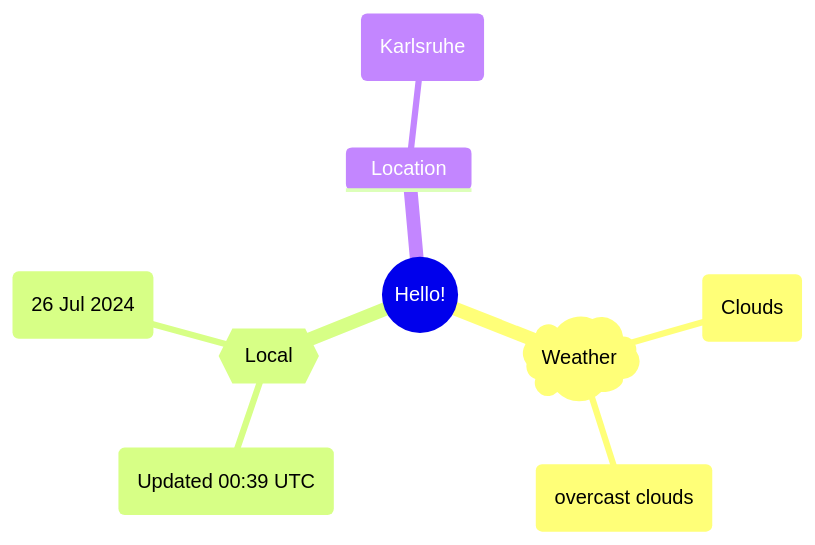
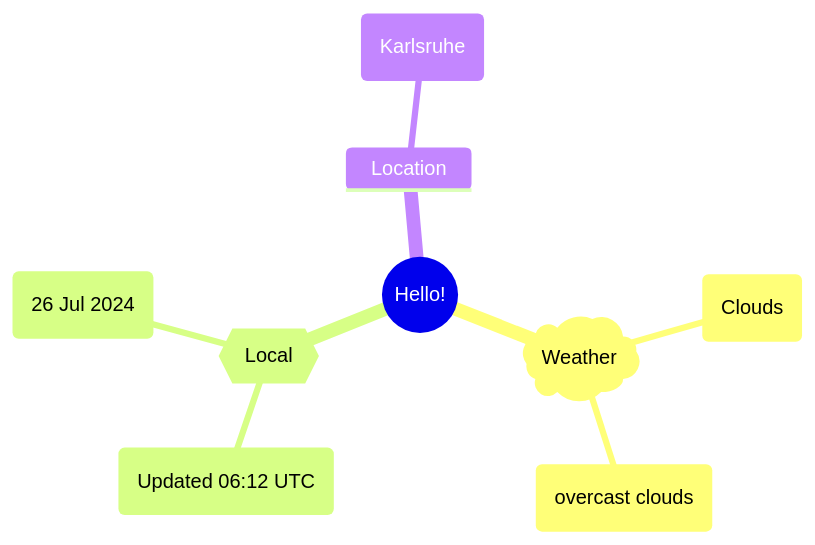
Before and after one commit to Xosrov/Xosrov: the first of 2 diagrams in README.md, drawn with Mermaid.

Commit message:
[bot] updated images

````diff
--- a/README.md
+++ b/README.md
@@ -3,12 +3,12 @@
 ```mermaid
 mindmap
   root((Hello!))
     )Weather(
         (Clouds)
         (overcast clouds)
     {{Local}}
-        (Updated 00:39 UTC)
+        (Updated 06:12 UTC)
         (26 Jul 2024)
     Location
         (Karlsruhe)
 ```
````
